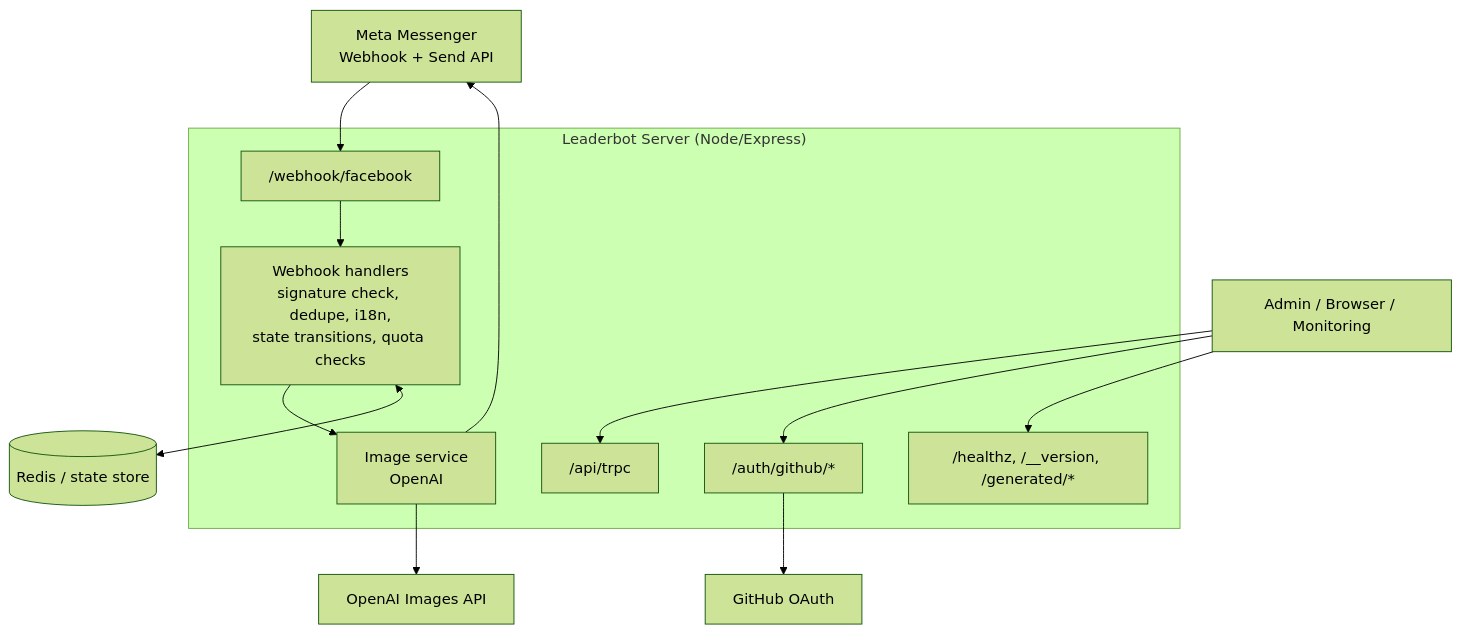
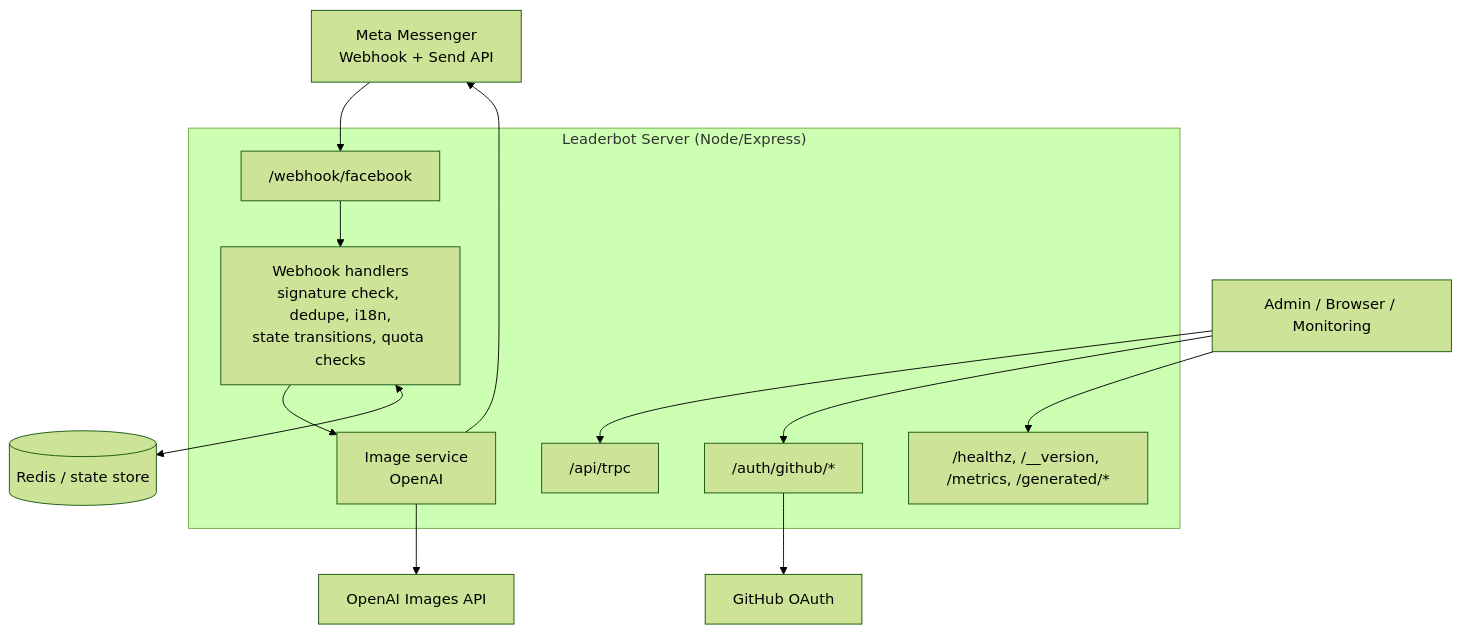
Before and after one commit to Dj-Shortcut/leaderbot-fb-image-gen: the diagram in README.md, drawn with Mermaid (forest theme). The commit also changed other lines of this file and 1 other file, not shown here.

Commit message:
Implement security fixes and improve documentation for source images (#228)
* security-fix-source-image-trust-provenance

* fix-clear-rejected-whatsapp-source-image-state

* sanitize-source-image-url-logging

* docs-clarify-identity-games-foundation

* docs-add-metrics-to-architecture-mermaid

* docs-add-metrics-to-readme-mermaid

* docs-add-source-image-provenance-notes

````diff
--- a/README.md
+++ b/README.md
@@ -57,30 +83,30 @@
 ```mermaid
 flowchart TD
-    MM["Meta Messenger<br/>Webhook + Send API"]
-    UA["Admin / Browser / Monitoring"]
+    mm["Meta Messenger<br/>Webhook + Send API"]
+    ua["Admin / Browser / Monitoring"]
 
-    subgraph LB["Leaderbot Server (Node/Express)"]
-        WH["/webhook/facebook"]
-        TRPC["/api/trpc"]
-        AUTH["/auth/github/*"]
-        OPS["/healthz, /__version, /generated/*"]
-        HANDLERS["Webhook handlers<br/>signature check, dedupe, i18n,<br/>state transitions, quota checks"]
-        IMG["Image service<br/>OpenAI"]
+    subgraph lb["Leaderbot Server (Node/Express)"]
+        wh["/webhook/facebook"]
+        trpc["/api/trpc"]
+        auth["/auth/github/*"]
+        ops["/healthz, /__version, /metrics, /generated/*"]
+        handlers["Webhook handlers<br/>signature check, dedupe, i18n,<br/>state transitions, quota checks"]
+        img["Image service<br/>OpenAI"]
     end
 
-    REDIS[("Redis / state store")]
-    OPENAI["OpenAI Images API"]
-    GITHUB["GitHub OAuth"]
+    redis[("Redis / state store")]
+    openai["OpenAI Images API"]
+    github["GitHub OAuth"]
 
-    MM --> WH
-    WH --> HANDLERS
-    HANDLERS --> IMG
-    HANDLERS <--> REDIS
-    IMG --> OPENAI
-    IMG --> MM
+    mm --> wh
+    wh --> handlers
+    handlers --> img
+    handlers <--> redis
+    img --> openai
+    img --> mm
 
-    UA --> TRPC
-    UA --> AUTH
-    UA --> OPS
-    AUTH --> GITHUB
+    ua --> trpc
+    ua --> auth
+    ua --> ops
+    auth --> github
 ```
````
